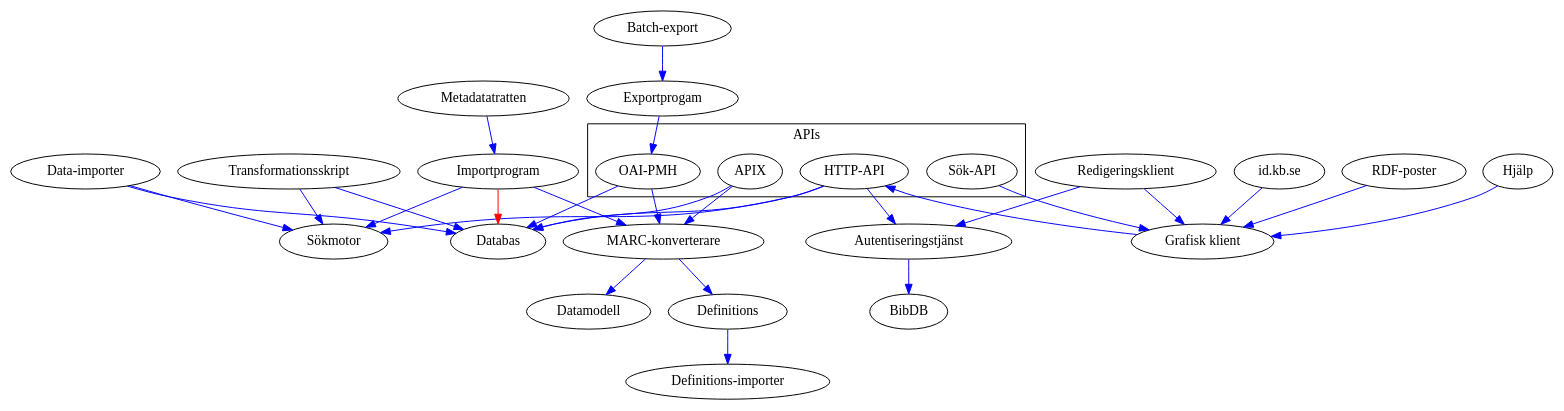
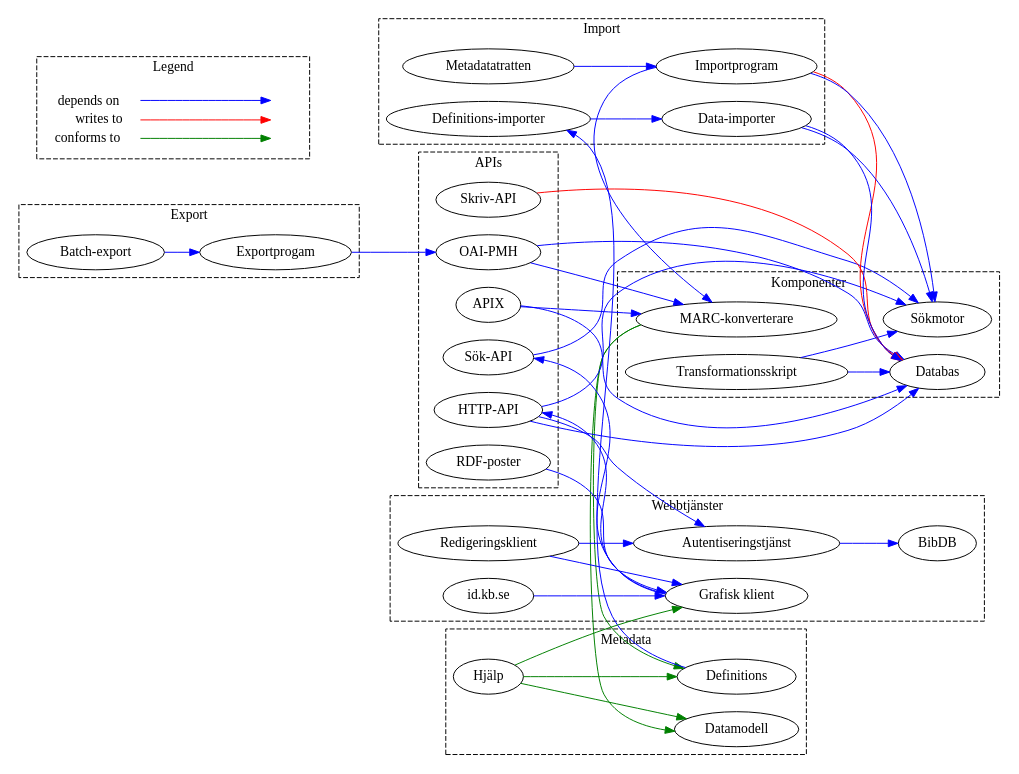
Before and after one commit to libris/librisxl: the diagram in system_overview.dot, drawn with Graphviz.

Commit message:
Add clusters, relations and legend

```diff
--- a/system_overview.dot
+++ b/system_overview.dot
@@ -1,63 +1,145 @@
 digraph system_overview {
-    edge [color="blue"];
+    rankdir="LR";
+    edge[color="blue"];
+
+    subgraph cluster_components {
+        graph[style=dashed];
+        label="Komponenter";
+
+        lddb [label="Databas"];
+        search [label="Sökmotor"];
+        marc_converter [label="MARC-konverterare"];
+        transform [label="Transformationsskript"];
+    }
+    marc_converter -> {
+        defs
+        model
+    } [color="green"];
+    transform -> {
+        lddb
+        search
+    };
+
+    subgraph cluster_metadata {
+        graph[style=dashed];
+        label="Metadata";
+
+        defs [label="Definitions"];
+        model [label="Datamodell"];
+        help [label="Hjälp"];
+    }
+    defs -> { defs_importer };
+    help -> {
+        viewer
+        model
+        defs
+    } [color="green"];
+
     subgraph cluster_apis {
-        graph[style=solid];
+        graph[style=dashed];
         label="APIs";
+
         apix [label="APIX"];
         http_api [label="HTTP-API"]; // subgraph?
         oaipmh [label="OAI-PMH"];
         search_api [label="Sök-API"];
+        write_api [label="Skriv-API"];
+        record [label="RDF-poster"];
     }
+    apix -> {
+        lddb
+        marc_converter
+    };
+    http_api -> {
+        auth
+        lddb
+        search
+    };
+    oaipmh -> {
+        lddb
+        marc_converter
+    } ;
+    search_api -> { search };
+    write_api -> { lddb }[color="red"];
+    record -> { viewer };
 
-    auth [label="Autentiseringstjänst"];
-    batch [label="Batch-export"];
-    bibdb [label="BibDB"];
-    data_importer [label="Data-importer"];
-    defs_importer [label="Definitions-importer"];
-    defs [label="Definitions"];
-    editor [label="Redigeringsklient"];
-    // export [label="Export"]; // subgraph?
-    export_program [label="Exportprogam"];
-    help [label="Hjälp"];
-    id [label="id.kb.se"];
-    import_program [label="Importprogram"];
-    lddb [label="Databas"];
-    marc_converter [label="MARC-konverterare"];
-    metadata_funnel [label="Metadatatratten"];
-    model [label="Datamodell"];
-    record [label="RDF-poster"];
-    search [label="Sökmotor"];
-    transform [label="Transformationsskript"];
-    viewer [label="Grafisk klient"];
+    subgraph cluster_importers {
+        graph[style=dashed];
+        label="Import";
 
-    // solid black edge := depends on
-    // solid red edge := writes to
-    apix -> lddb;
-    apix -> marc_converter;
-    auth -> bibdb;
-    batch -> export_program;
-    defs -> defs_importer;
-    data_importer -> lddb;
-    data_importer -> search;
-    editor -> auth;
-    editor -> viewer;
-    export_program -> oaipmh;
-    help -> viewer;
-    http_api -> auth;
-    http_api -> lddb;
-    http_api -> search;
-    id -> viewer;
-    import_program -> lddb [color="red"];
-    import_program -> marc_converter;
-    import_program -> search;
-    marc_converter -> defs;
-    marc_converter -> model;
-    metadata_funnel -> import_program;
-    oaipmh -> lddb;
-    oaipmh -> marc_converter;
-    record -> viewer;
-    search_api -> viewer;
-    transform -> lddb;
-    transform -> search;
-    viewer -> http_api;
+        import_program [label="Importprogram"];
+        metadata_funnel [label="Metadatatratten"];
+        data_importer [label="Data-importer"];
+        defs_importer [label="Definitions-importer"];
+    }
+    import_program -> {
+        marc_converter
+        search
+    };
+    import_program -> {
+        lddb
+    } [color="red"];
+    data_importer -> {
+        lddb
+        search
+    };
+    defs_importer -> {
+        data_importer
+    };
+    metadata_funnel -> { import_program };
+
+    subgraph cluster_exporters {
+        graph[style=dashed];
+        label="Export";
+
+        batch [label="Batch-export"];
+        export_program [label="Exportprogam"];
+    }
+    batch -> { export_program };
+    export_program -> {
+        oaipmh
+    };
+
+    subgraph cluster_webservices {
+        graph[style=dashed];
+        label="Webbtjänster";
+
+        viewer [label="Grafisk klient"];
+        editor [label="Redigeringsklient"];
+        id [label="id.kb.se"];
+        auth [label="Autentiseringstjänst"];
+        bibdb [label="BibDB"];
+    }
+    viewer -> {
+        search_api
+        http_api
+    };
+    editor -> {
+        auth
+        viewer
+    };
+    id -> { viewer };
+    auth -> { bibdb };
+
+    /**
+     * LEGEND
+     */
+    subgraph cluster_legend { 
+        style="dashed";
+        node [shape=plaintext]
+        label = "Legend";
+        key [label=<<table border="0" cellpadding="2" cellspacing="0" cellborder="0">
+            <tr><td align="right" port="i1">depends on</td></tr>
+            <tr><td align="right" port="i2">writes to</td></tr>
+            <tr><td align="right" port="i3">conforms to</td></tr>
+            </table>>]
+            key2 [label=<<table border="0" cellpadding="2" cellspacing="0" cellborder="0">
+            <tr><td port="i1">&nbsp;</td></tr>
+            <tr><td port="i2">&nbsp;</td></tr>
+            <tr><td port="i3">&nbsp;</td></tr>
+            </table>>]
+        key:i1:e -> key2:i1:w [clor=blue]
+        key:i2:e -> key2:i2:w [color=red]
+        key:i3:e -> key2:i3:w [color=green]
+    }
 }
```
